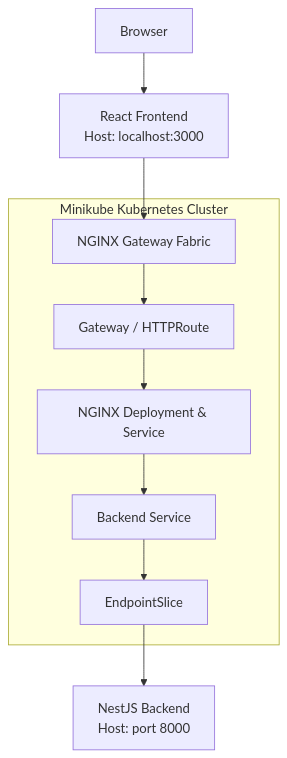
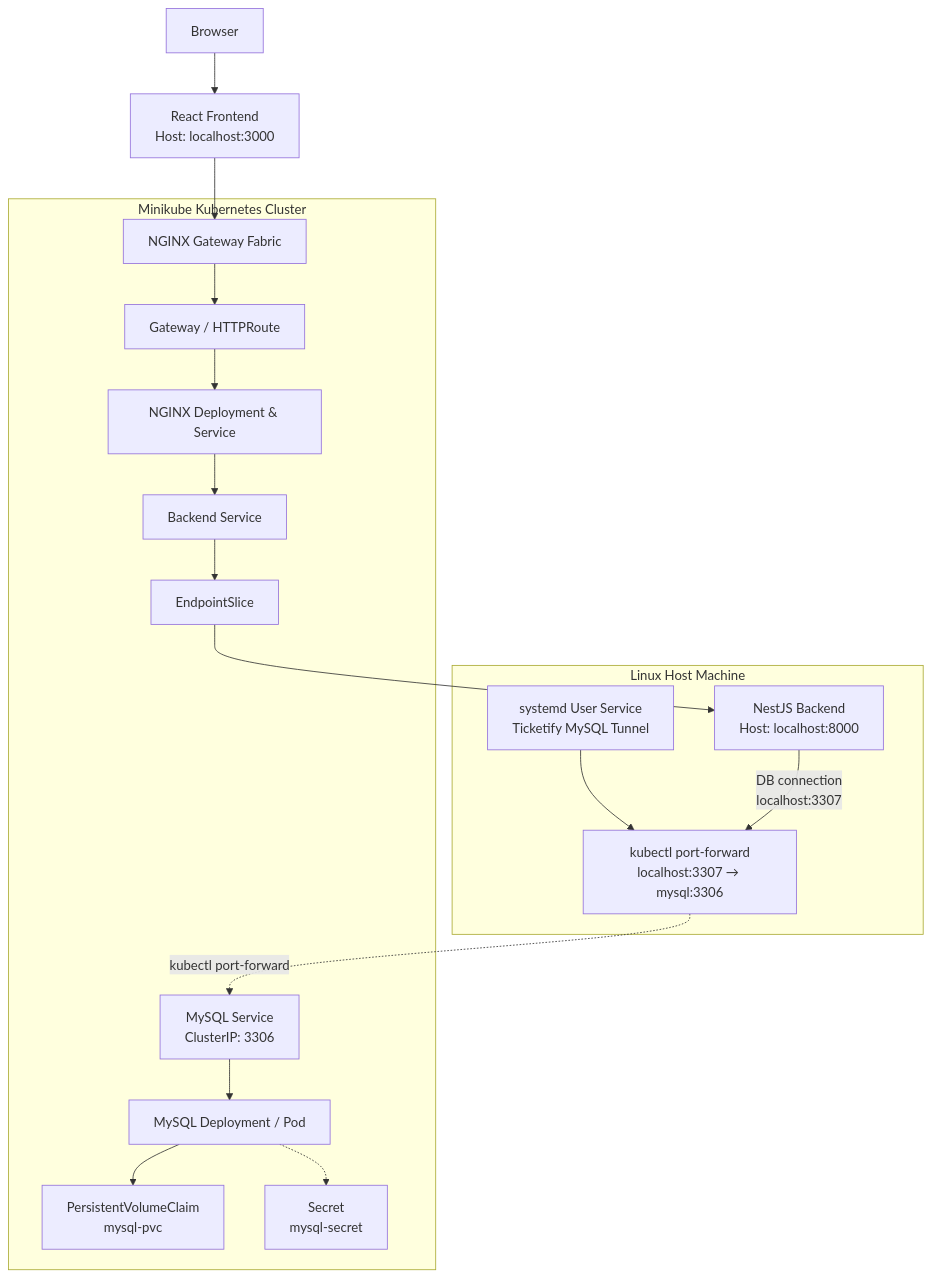
Before and after one commit to Maxim-sys19/top-ticketify: the second of 2 diagrams in README.md, drawn with Mermaid.

````diff
--- a/README.md
+++ b/README.md
@@ -158,20 +158,42 @@
 ```mermaid
 flowchart TB
     Browser["Browser"]
     React["React Frontend<br/>Host: localhost:3000"]
+
+    subgraph Host["Linux Host Machine"]
+        Nest["NestJS Backend<br/>Host: localhost:8000"]
+        Systemd["systemd User Service<br/>Ticketify MySQL Tunnel"]
+        PortForward["kubectl port-forward<br/>localhost:3307 → mysql:3306"]
+
+        Systemd --> PortForward
+        Nest -->|"DB connection<br/>localhost:3307"| PortForward
+    end
+
     subgraph Cluster["Minikube Kubernetes Cluster"]
         Gateway["NGINX Gateway Fabric"]
         Route["Gateway / HTTPRoute"]
         Nginx["NGINX Deployment & Service"]
         BackendSvc["Backend Service"]
         Endpoint["EndpointSlice"]
+
+        MysqlSvc["MySQL Service<br/>ClusterIP: 3306"]
+        MysqlPod["MySQL Deployment / Pod"]
+        MysqlPVC["PersistentVolumeClaim<br/>mysql-pvc"]
+        MysqlSecret["Secret<br/>mysql-secret"]
+
         Gateway --> Route
         Route --> Nginx
         Nginx --> BackendSvc
         BackendSvc --> Endpoint
+
+        MysqlSvc --> MysqlPod
+        MysqlPod --> MysqlPVC
+        MysqlPod -.-> MysqlSecret
     end
-    Nest["NestJS Backend<br/>Host: port 8000"]
+
     Browser --> React
     React --> Gateway
     Endpoint --> Nest
+
+    PortForward -.->|"kubectl port-forward"| MysqlSvc
 ```
````
